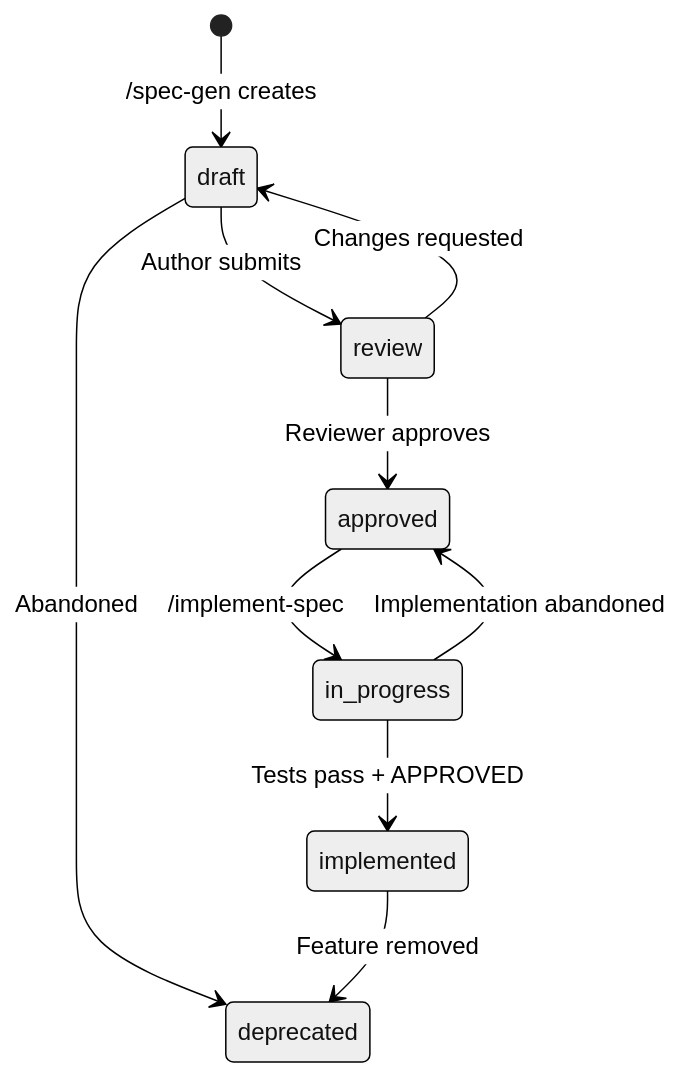
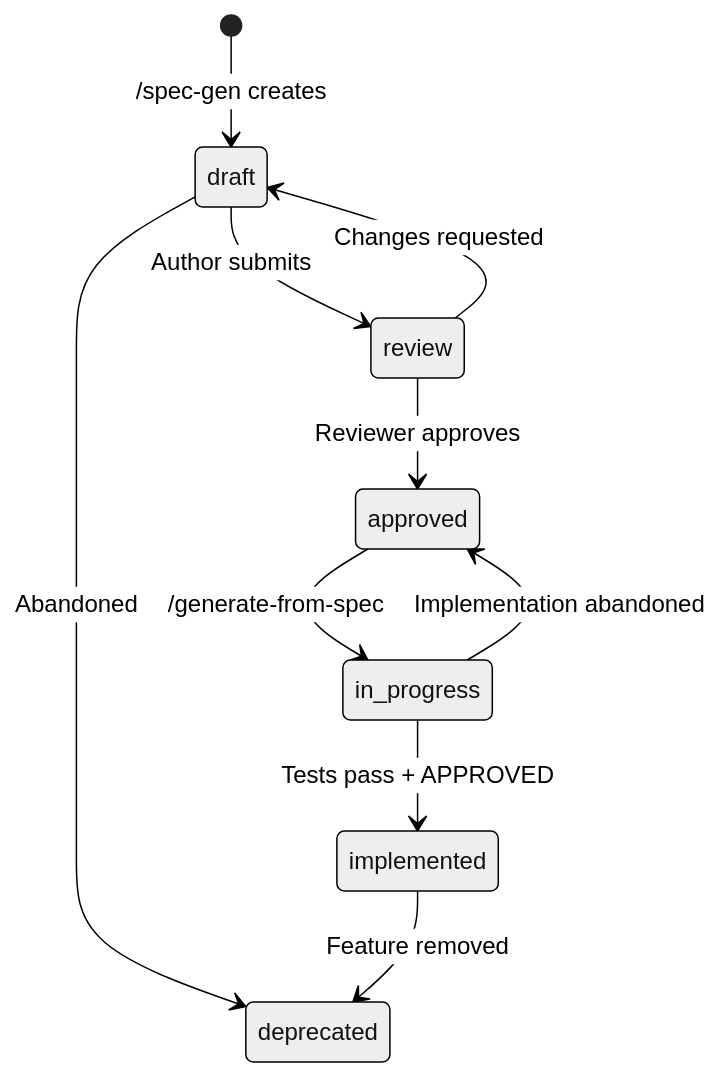
The second of 3 diagrams in .claude/rules/spec-driven.md (MaciWP/claude-code-poneglyph), drawn with Mermaid (neutral theme) before and after one commit. The commit also changed other lines of this file and 3 other files, not shown here.

````diff
--- a/.claude/rules/spec-driven.md
+++ b/.claude/rules/spec-driven.md
@@ -70,12 +70,12 @@
 ```mermaid
 stateDiagram-v2
     [*] --> draft: /spec-gen creates
     draft --> review: Author submits
     draft --> deprecated: Abandoned
     review --> approved: Reviewer approves
     review --> draft: Changes requested
-    approved --> in_progress: /implement-spec
+    approved --> in_progress: /generate-from-spec
     in_progress --> implemented: Tests pass + APPROVED
     in_progress --> approved: Implementation abandoned
     implemented --> deprecated: Feature removed
 ```
````
